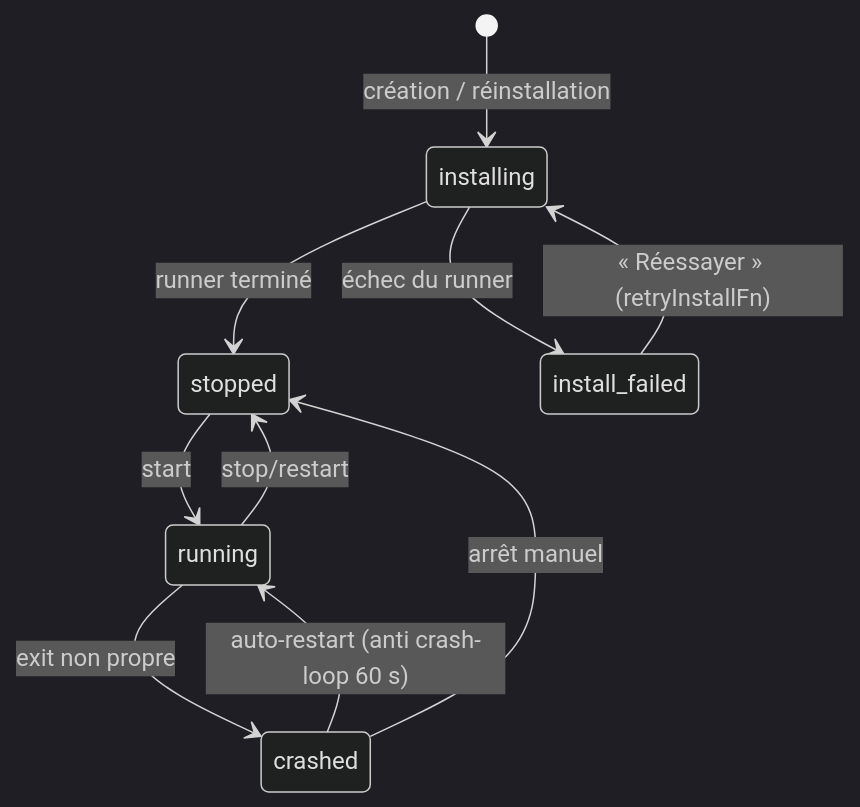
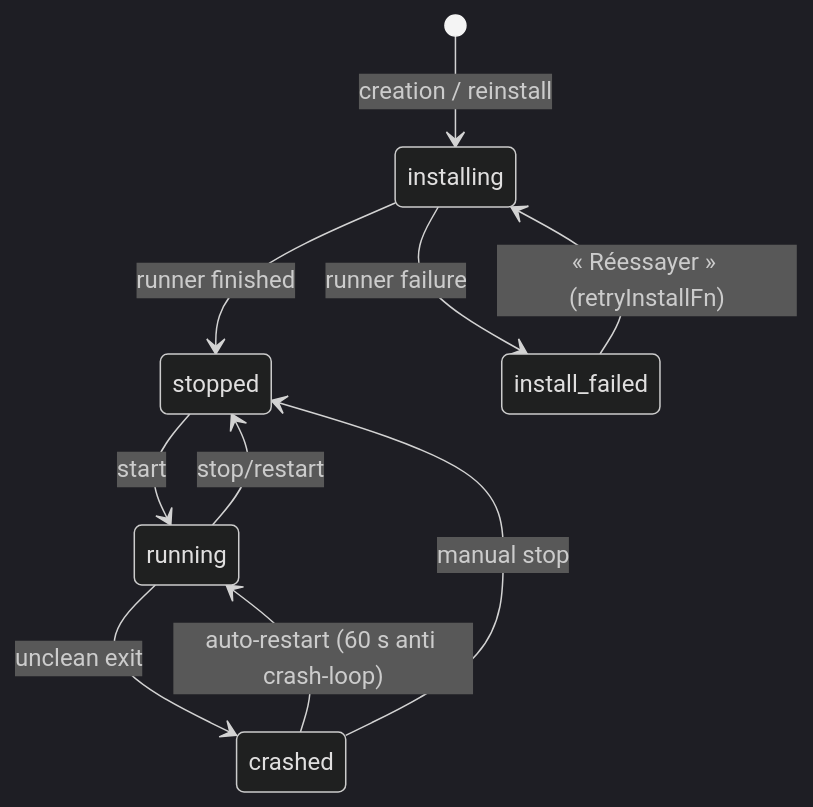
One commit to mojito-panel/panel changed the ninth of 9 diagrams in docs/communications.md. Above: the diagram before and after it, drawn with Mermaid (dark theme). The commit also changed other lines of this file and 81 other files, not shown here.

````diff
--- a/docs/communications.md
+++ b/docs/communications.md
@@ -289,12 +289,12 @@
 ```mermaid
 stateDiagram-v2
-    [*] --> installing : création / réinstallation
-    installing --> stopped : runner terminé
-    installing --> install_failed : échec du runner
+    [*] --> installing : creation / reinstall
+    installing --> stopped : runner finished
+    installing --> install_failed : runner failure
     install_failed --> installing : « Réessayer » (retryInstallFn)
     stopped --> running : start
     running --> stopped : stop/restart
-    running --> crashed : exit non propre
-    crashed --> running : auto-restart (anti crash-loop 60 s)
-    crashed --> stopped : arrêt manuel
+    running --> crashed : unclean exit
+    crashed --> running : auto-restart (60 s anti crash-loop)
+    crashed --> stopped : manual stop
 ```
````
